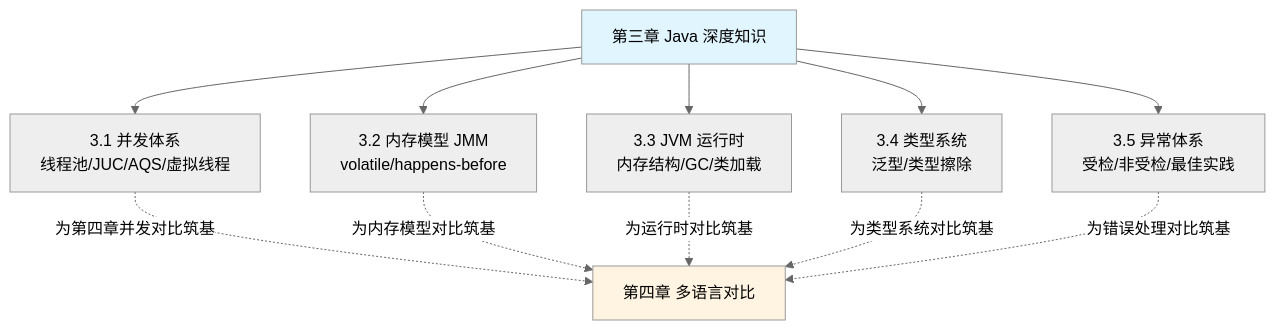
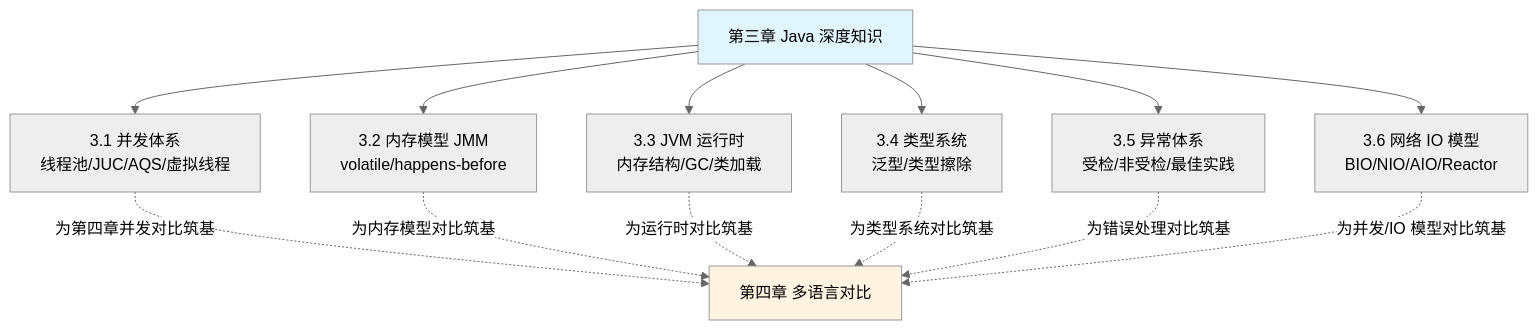
One commit to LiPingjiang/Full-Stack-Knowledge-Book changed the diagram in part3-java-deep/README.md. Above: the diagram before and after it, drawn with Mermaid (neutral theme). The commit also changed other lines of this file and 3 other files, not shown here.

Commit message:
docs(part3-6): 新增 3.6 网络IO模型章节(BIO/NIO/AIO/Reactor/回调地狱/虚拟线程呼应)，并与 Node 事件循环建立双向链接

````diff
--- a/part3-java-deep/README.md
+++ b/part3-java-deep/README.md
@@ -26,17 +26,19 @@
 ```mermaid
 graph TD
     A[第三章 Java 深度知识] --> B[3.1 并发体系<br/>线程池/JUC/AQS/虚拟线程]
     A --> C[3.2 内存模型 JMM<br/>volatile/happens-before]
     A --> D[3.3 JVM 运行时<br/>内存结构/GC/类加载]
     A --> E[3.4 类型系统<br/>泛型/类型擦除]
     A --> F[3.5 异常体系<br/>受检/非受检/最佳实践]
+    A --> H[3.6 网络 IO 模型<br/>BIO/NIO/AIO/Reactor]
 
     B -.为第四章并发对比筑基.-> G[第四章 多语言对比]
     C -.为内存模型对比筑基.-> G
     D -.为运行时对比筑基.-> G
     E -.为类型系统对比筑基.-> G
     F -.为错误处理对比筑基.-> G
+    H -.为并发/IO 模型对比筑基.-> G
 
     style A fill:#e1f5ff
     style G fill:#fff4e1
 ```
````
